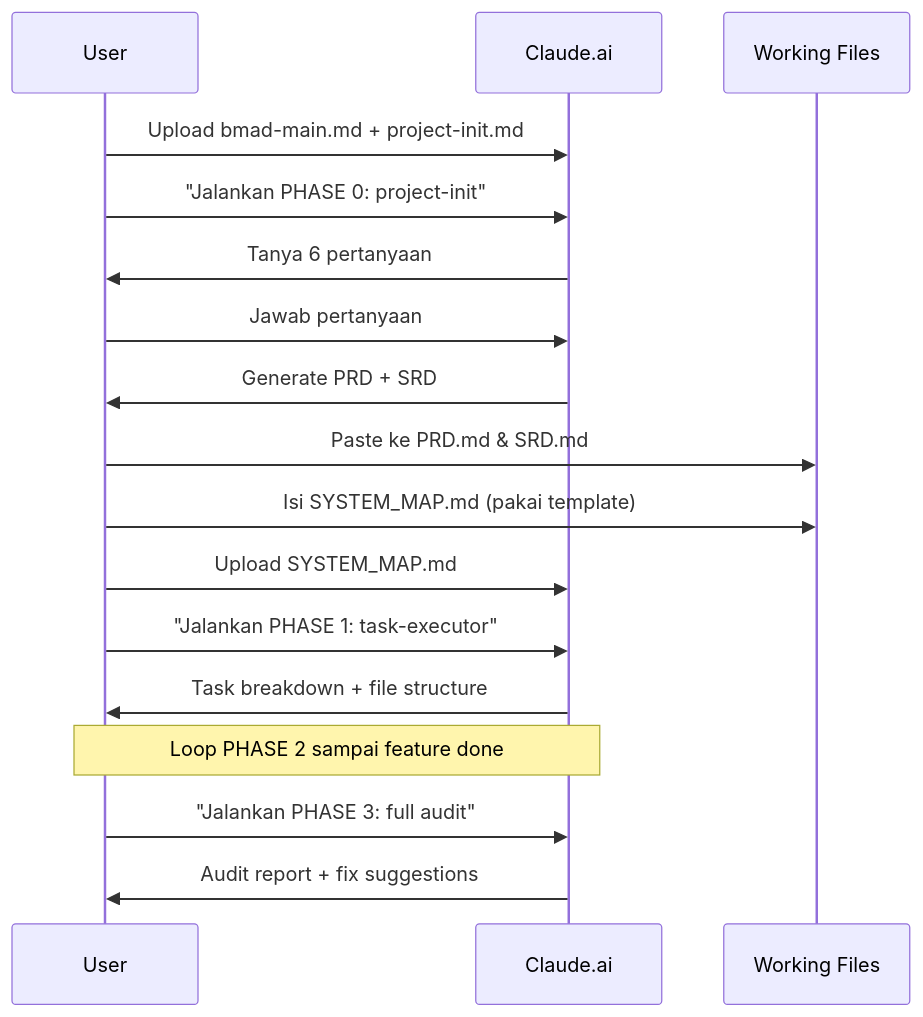
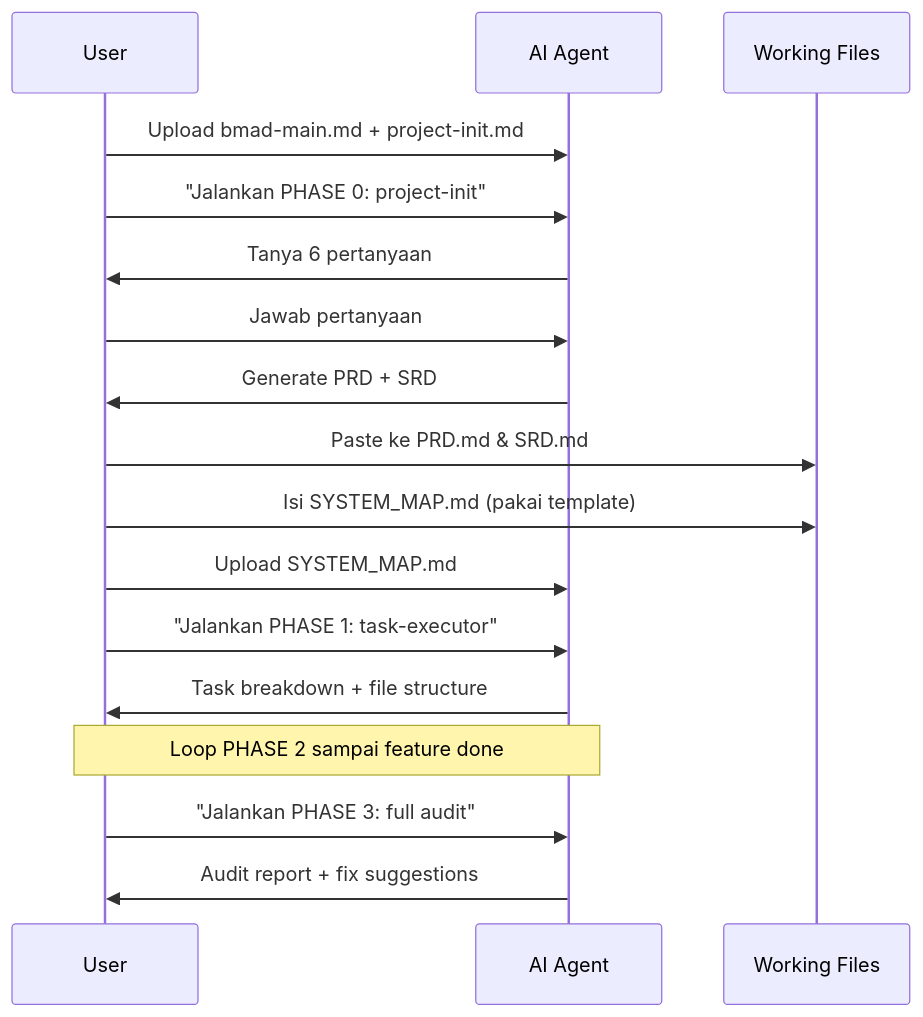
Before and after one commit to slamsmart/BMAD-Workflow-V.1.0: the third of 6 diagrams in README.md, drawn with Mermaid. The commit also changed other lines of this file and 2 other files, not shown here.

First line of the commit message:
docs: clarify multi-agent support (workflow is agent-agnostic)

````diff
--- a/README.md
+++ b/README.md
@@ -235,20 +235,20 @@
 ```mermaid
 sequenceDiagram
     participant U as User
-    participant C as Claude.ai
+    participant C as AI Agent
     participant F as Working Files
 
     U->>C: Upload bmad-main.md + project-init.md
     U->>C: "Jalankan PHASE 0: project-init"
     C->>U: Tanya 6 pertanyaan
     U->>C: Jawab pertanyaan
     C->>U: Generate PRD + SRD
     U->>F: Paste ke PRD.md & SRD.md
     U->>F: Isi SYSTEM_MAP.md (pakai template)
     U->>C: Upload SYSTEM_MAP.md
     U->>C: "Jalankan PHASE 1: task-executor"
     C->>U: Task breakdown + file structure
     Note over U,C: Loop PHASE 2 sampai feature done
     U->>C: "Jalankan PHASE 3: full audit"
     C->>U: Audit report + fix suggestions
 ```
````
